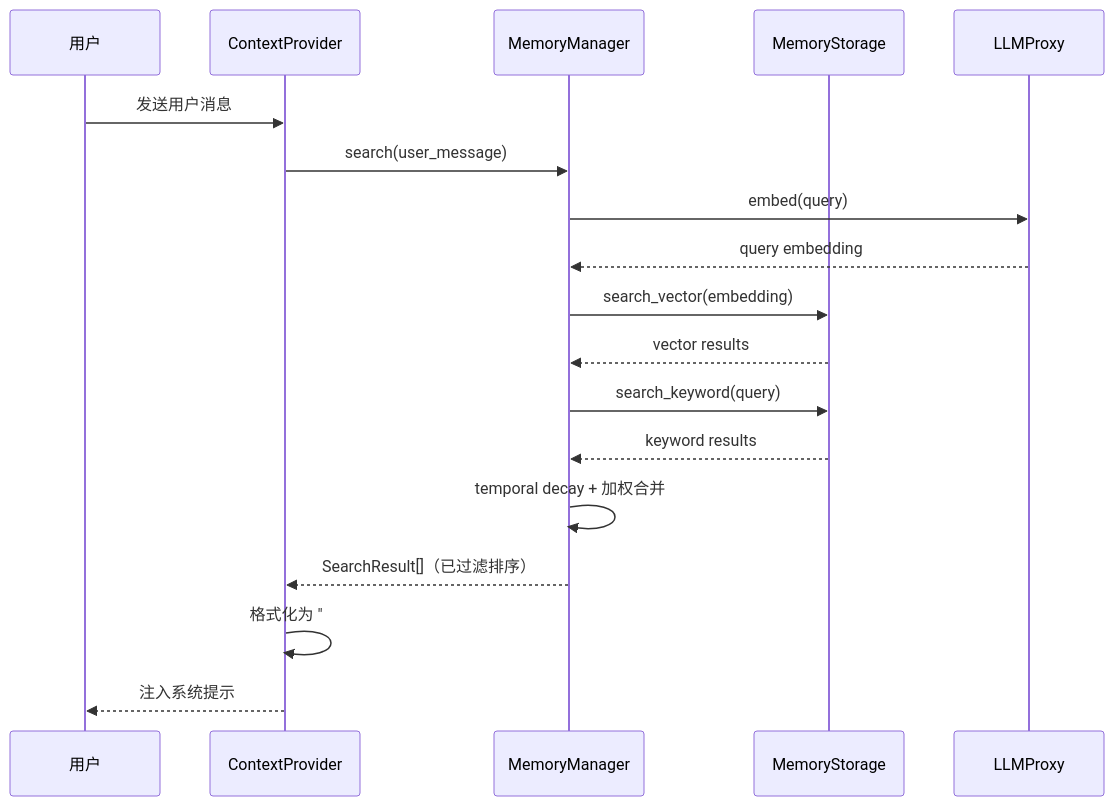
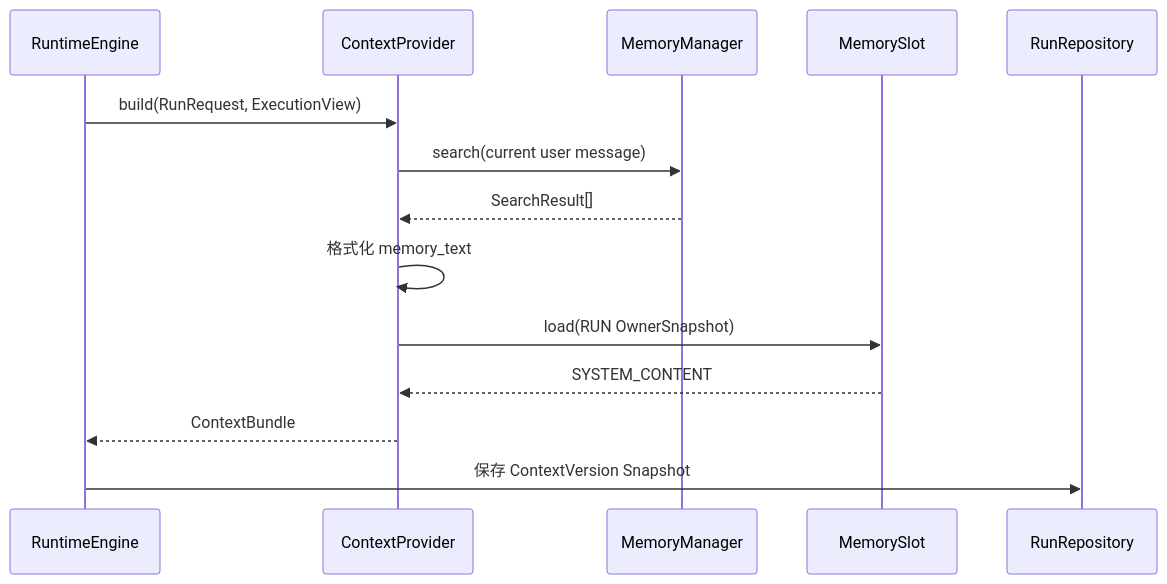
Before and after one commit to aandbcct/dotClaw: the ninth of 22 diagrams in docs/wiki/Memory 模块总体说明.md, drawn with Mermaid. The commit also changed other lines of this file and 8 other files, not shown here.

````diff
--- a/docs/wiki/Memory 模块总体说明.md
+++ b/docs/wiki/Memory 模块总体说明.md
@@ -154,21 +1560,17 @@
 ```mermaid
 sequenceDiagram
-    participant U as 用户
-    participant Ctx as ContextProvider
-    participant Mgr as MemoryManager
-    participant S as MemoryStorage
-    participant L as LLMProxy
+    participant Engine as RuntimeEngine
+    participant Context as ContextProvider
+    participant Memory as MemoryManager
+    participant Slot as MemorySlot
+    participant Repo as RunRepository
 
-    U->>Ctx: 发送用户消息
-    Ctx->>Mgr: search(user_message)
-    Mgr->>L: embed(query)
-    L-->>Mgr: query embedding
-    Mgr->>S: search_vector(embedding)
-    S-->>Mgr: vector results
-    Mgr->>S: search_keyword(query)
-    S-->>Mgr: keyword results
-    Mgr->>Mgr: temporal decay + 加权合并
-    Mgr-->>Ctx: SearchResult[]（已过滤排序）
-    Ctx->>Ctx: 格式化为 "## 相关记忆"
-    Ctx-->>U: 注入系统提示
+    Engine->>Context: build(RunRequest, ExecutionView)
+    Context->>Memory: search(current user message)
+    Memory-->>Context: SearchResult[]
+    Context->>Context: 格式化 memory_text
+    Context->>Slot: load(RUN OwnerSnapshot)
+    Slot-->>Context: SYSTEM_CONTENT
+    Context-->>Engine: ContextBundle
+    Engine->>Repo: 保存 ContextVersion Snapshot
 ```
````
